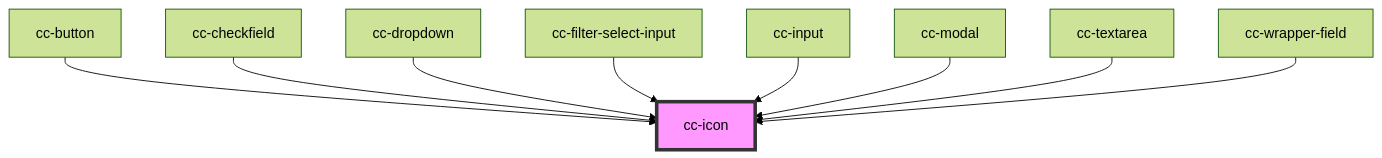
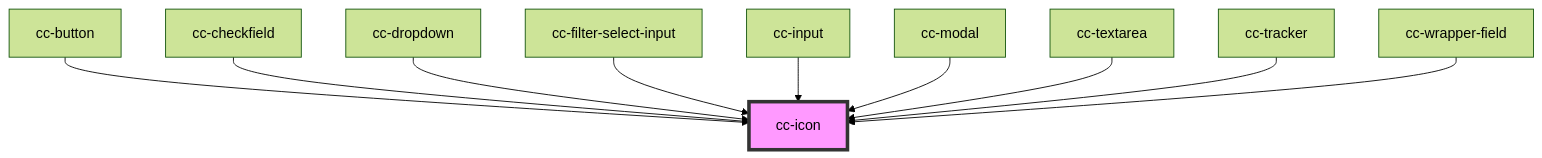
Before and after one commit to lacafetalab/cafeta-components: the diagram in packages/core/src/components/cc-icon/readme.md, drawn with Mermaid (forest theme). The commit also changed other lines of this file and 7 other files, not shown here.

````diff
--- a/packages/core/src/components/cc-icon/readme.md
+++ b/packages/core/src/components/cc-icon/readme.md
@@ -30,12 +31,13 @@
 ```mermaid
 graph TD;
   cc-button --> cc-icon
   cc-checkfield --> cc-icon
   cc-dropdown --> cc-icon
   cc-filter-select-input --> cc-icon
   cc-input --> cc-icon
   cc-modal --> cc-icon
   cc-textarea --> cc-icon
+  cc-tracker --> cc-icon
   cc-wrapper-field --> cc-icon
   style cc-icon fill:#f9f,stroke:#333,stroke-width:4px
 ```
````
